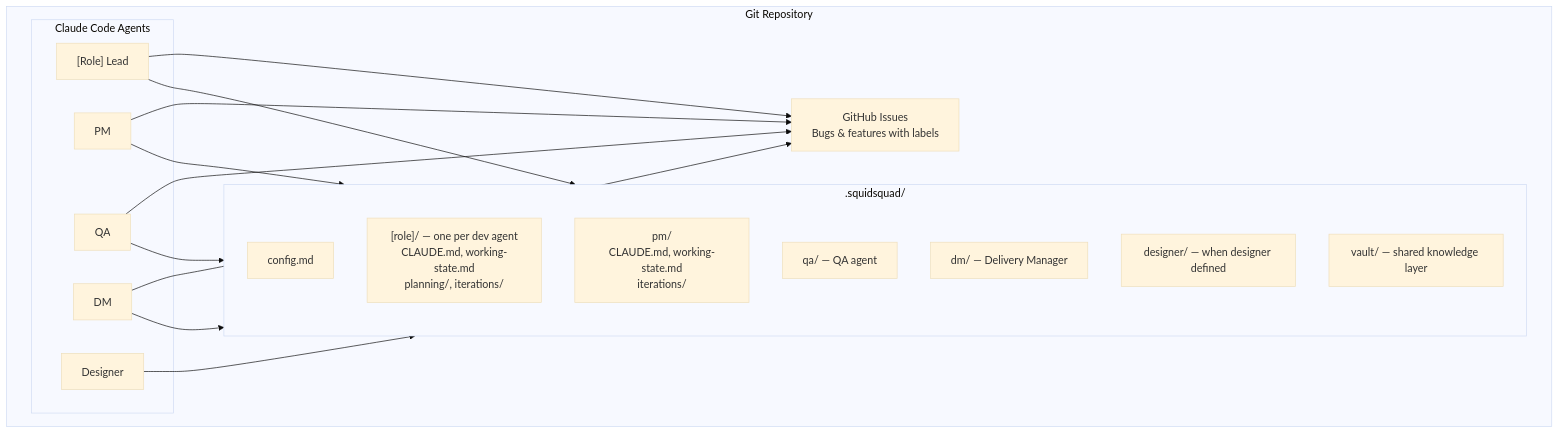
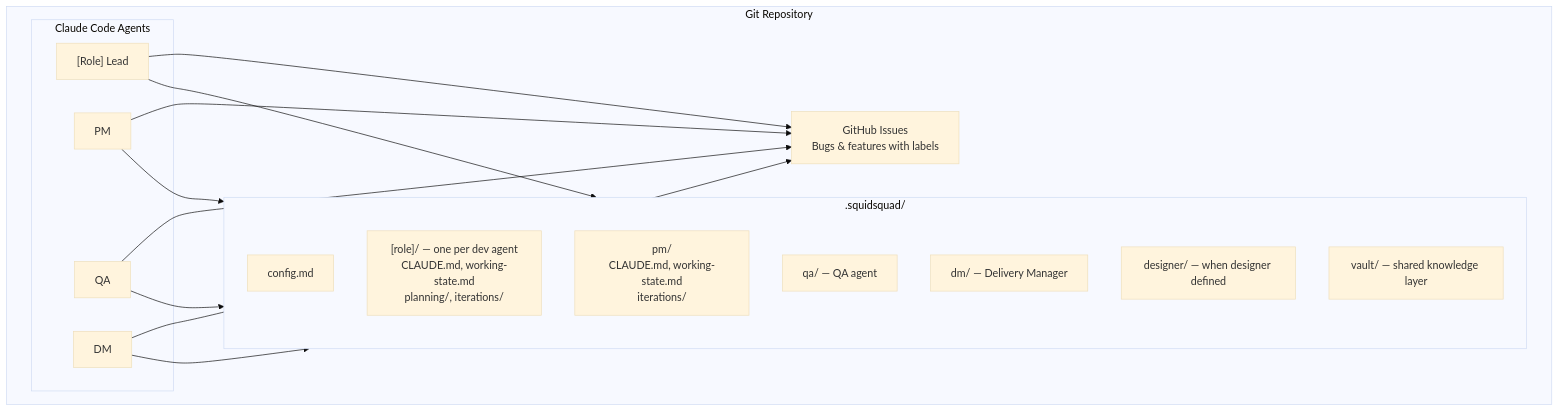
The diagram in SKILL.md (WallyDoodlez/SquidSquad), drawn with Mermaid (base theme) before and after one commit. The commit also changed other lines of this file and 1 other file, not shown here.

Commit message:
dm: dm: dm: cycle 39 — doc scan, removed Designer from SKILL.md architecture

````diff
--- a/SKILL.md
+++ b/SKILL.md
@@ -18,34 +18,32 @@
 ```mermaid
 graph TD
     subgraph repo["Git Repository"]
         subgraph agents["Claude Code Agents"]
             RL["[Role] Lead"]
-            DE["Designer"]
             QA["QA"]
             PM["PM"]
             DM["DM"]
         end
 
         subgraph squid[".squidsquad/"]
             config["config.md"]
             role_dir["[role]/ — one per dev agent\nCLAUDE.md, working-state.md\nplanning/, iterations/"]
             pm_dir["pm/\nCLAUDE.md, working-state.md\niterations/"]
             qa_dir["qa/ — QA agent"]
             dm_dir["dm/ — Delivery Manager"]
             designer_dir["designer/ — when designer defined"]
             vault["vault/ — shared knowledge layer"]
         end
 
         GH["GitHub Issues\nBugs & features with labels"]
     end
 
     RL --> squid
-    DE --> squid
     QA --> squid
     PM --> squid
     DM --> squid
     RL --> GH
     PM --> GH
     QA --> GH
     DM --> GH
 ```
````
